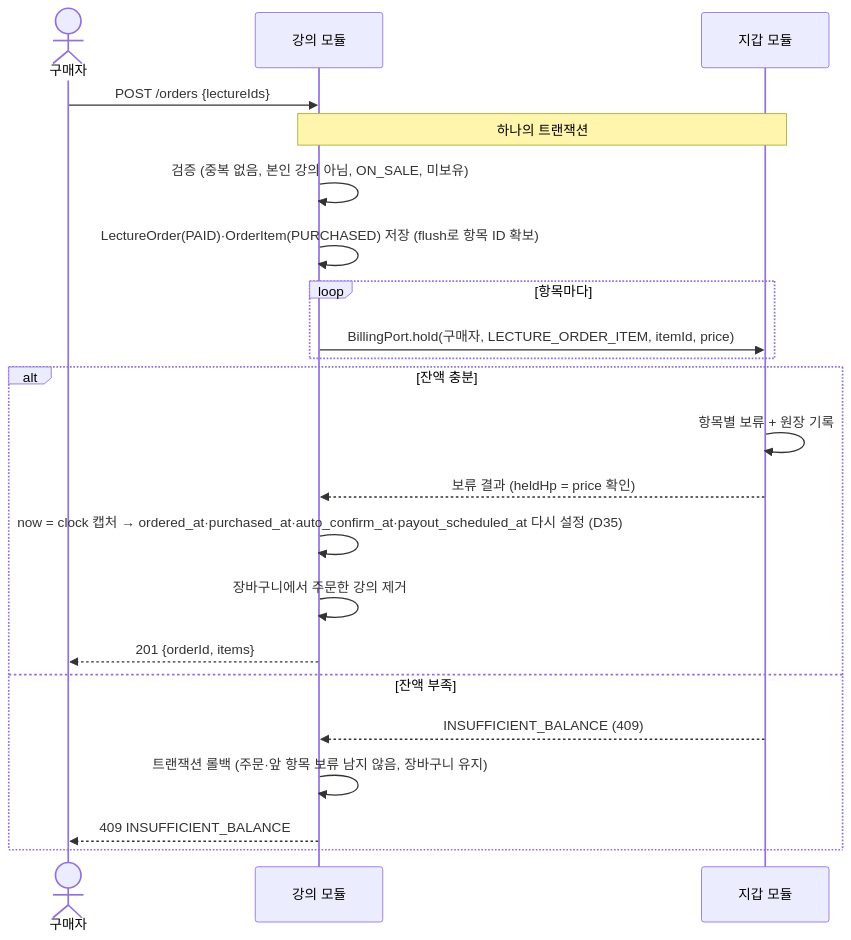
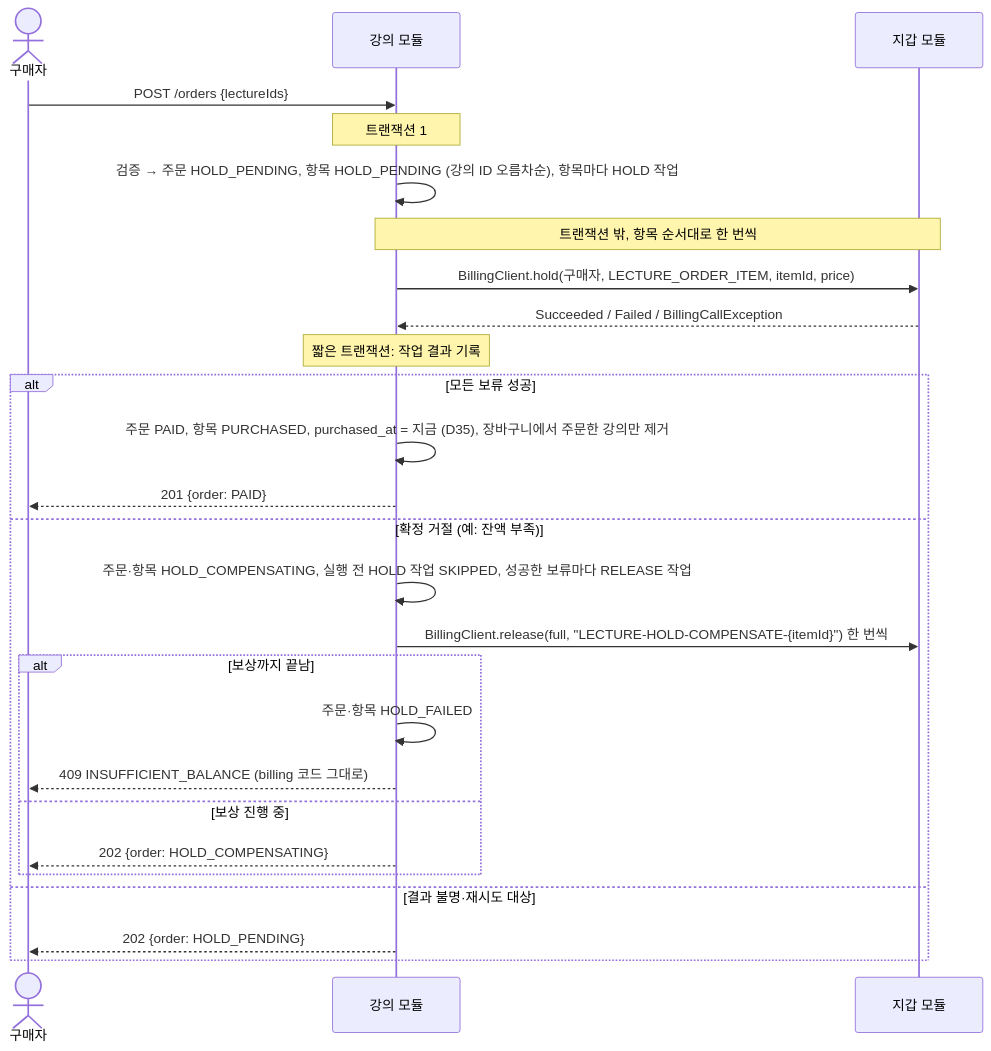
Before and after one commit to prgrms-be-adv-devcourse/beadv8_8_LMS_BE: the fifth of 9 diagrams in docs/design/lecture-module.md, drawn with Mermaid. The commit also changed other lines of this file, not shown here.

First line of the commit message:
Docs: 모듈 간 트랜잭션 제거와 계약 경계 재설계 (#246)

````diff
--- a/docs/design/lecture-module.md
+++ b/docs/design/lecture-module.md
@@ -403,24 +526,28 @@
 ```mermaid
 sequenceDiagram
     actor B as 구매자
     participant LEC as 강의 모듈
     participant WAL as 지갑 모듈
     B->>LEC: POST /orders {lectureIds}
-    Note over LEC,WAL: 하나의 트랜잭션
-    LEC->>LEC: 검증 (중복 없음, 본인 강의 아님, ON_SALE, 미보유)
-    LEC->>LEC: LectureOrder(PAID)·OrderItem(PURCHASED) 저장 (flush로 항목 ID 확보)
-    loop 항목마다
-        LEC->>WAL: BillingPort.hold(구매자, LECTURE_ORDER_ITEM, itemId, price)
-    end
-    alt 잔액 충분
-        WAL->>WAL: 항목별 보류 + 원장 기록
-        WAL-->>LEC: 보류 결과 (heldHp = price 확인)
-        LEC->>LEC: now = clock 캡처 → ordered_at·purchased_at·auto_confirm_at·payout_scheduled_at 다시 설정 (D35)
-        LEC->>LEC: 장바구니에서 주문한 강의 제거
-        LEC-->>B: 201 {orderId, items}
-    else 잔액 부족
-        WAL-->>LEC: INSUFFICIENT_BALANCE (409)
-        LEC->>LEC: 트랜잭션 롤백 (주문·앞 항목 보류 남지 않음, 장바구니 유지)
-        LEC-->>B: 409 INSUFFICIENT_BALANCE
+    Note over LEC: 트랜잭션 1
+    LEC->>LEC: 검증 → 주문 HOLD_PENDING, 항목 HOLD_PENDING (강의 ID 오름차순), 항목마다 HOLD 작업
+    Note over LEC,WAL: 트랜잭션 밖, 항목 순서대로 한 번씩
+    LEC->>WAL: BillingClient.hold(구매자, LECTURE_ORDER_ITEM, itemId, price)
+    WAL-->>LEC: Succeeded / Failed / BillingCallException
+    Note over LEC: 짧은 트랜잭션: 작업 결과 기록
+    alt 모든 보류 성공
+        LEC->>LEC: 주문 PAID, 항목 PURCHASED, purchased_at = 지금 (D35), 장바구니에서 주문한 강의만 제거
+        LEC-->>B: 201 {order: PAID}
+    else 확정 거절 (예: 잔액 부족)
+        LEC->>LEC: 주문·항목 HOLD_COMPENSATING, 실행 전 HOLD 작업 SKIPPED, 성공한 보류마다 RELEASE 작업
+        LEC->>WAL: BillingClient.release(full, "LECTURE-HOLD-COMPENSATE-{itemId}") 한 번씩
+        alt 보상까지 끝남
+            LEC->>LEC: 주문·항목 HOLD_FAILED
+            LEC-->>B: 409 INSUFFICIENT_BALANCE (billing 코드 그대로)
+        else 보상 진행 중
+            LEC-->>B: 202 {order: HOLD_COMPENSATING}
+        end
+    else 결과 불명·재시도 대상
+        LEC-->>B: 202 {order: HOLD_PENDING}
     end
 ```
````
